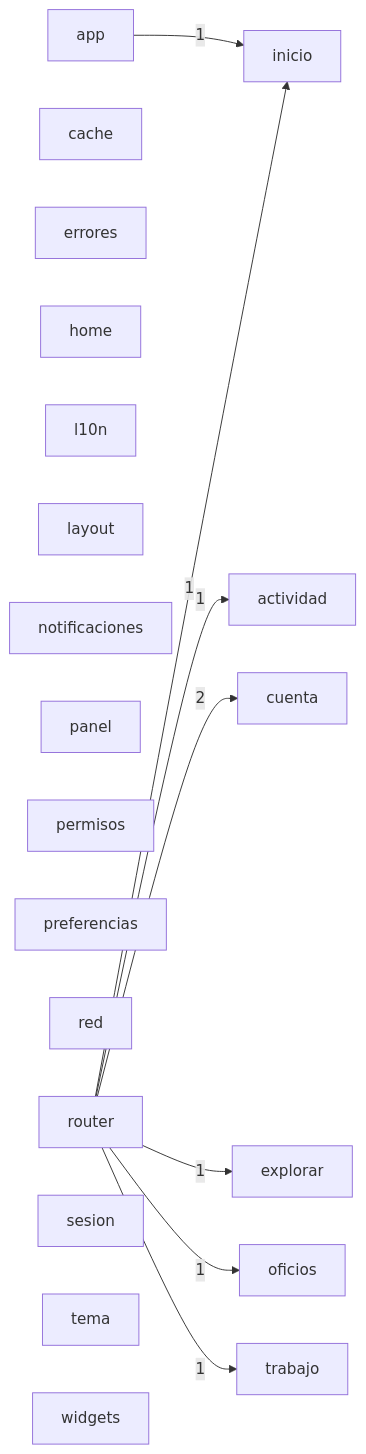
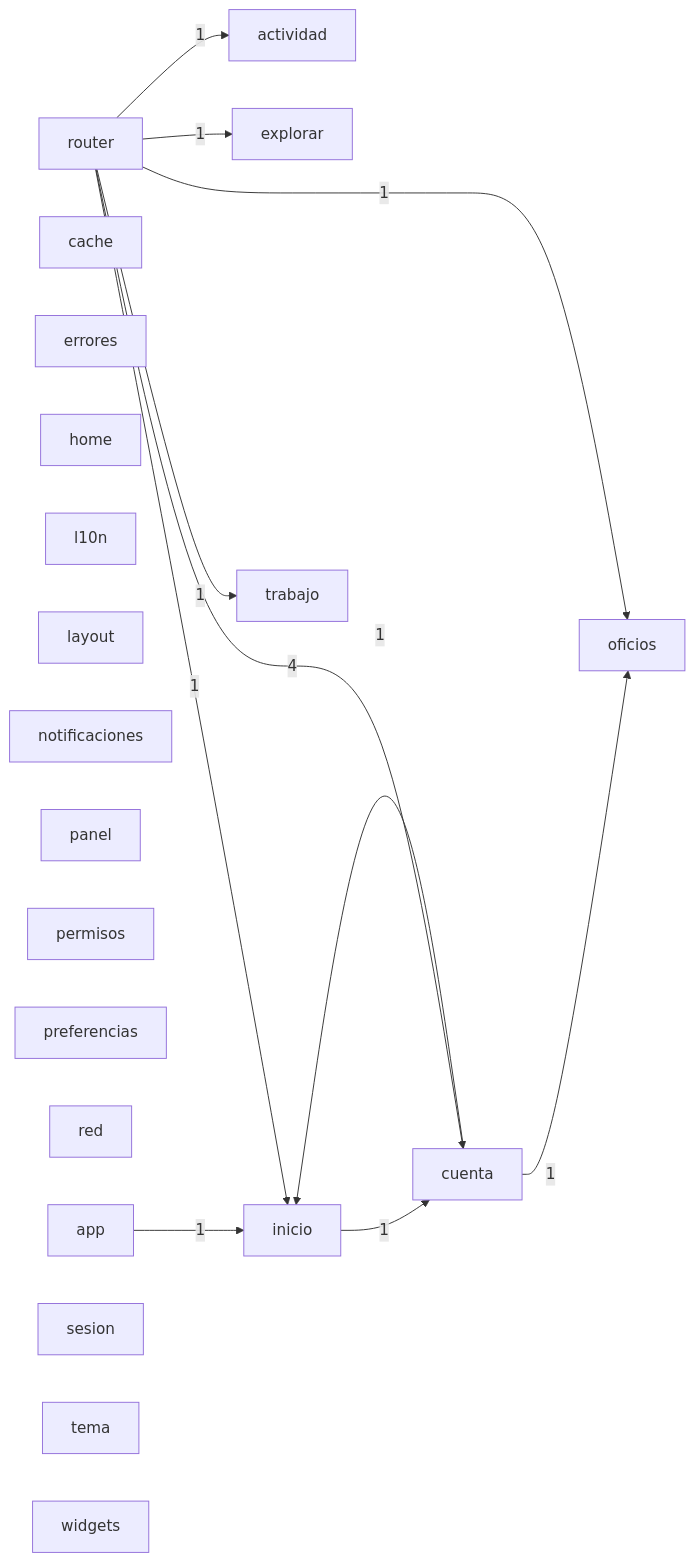
The diagram in docs/architecture/modules.mmd (JulianH2/knock-frontend), drawn with Mermaid before and after one commit. The commit also changed 35 other files, not shown here.

```diff
--- a/docs/architecture/modules.mmd
+++ b/docs/architecture/modules.mmd
@@ -1,29 +1,32 @@
 graph LR
   actividad["actividad"]
   app["app"]
   cache["cache"]
   cuenta["cuenta"]
   errores["errores"]
   explorar["explorar"]
   home["home"]
   inicio["inicio"]
   l10n["l10n"]
   layout["layout"]
   notificaciones["notificaciones"]
   oficios["oficios"]
   panel["panel"]
   permisos["permisos"]
   preferencias["preferencias"]
   red["red"]
   router["router"]
   sesion["sesion"]
   tema["tema"]
   trabajo["trabajo"]
   widgets["widgets"]
   app -->|1| inicio
+  cuenta -->|1| inicio
+  cuenta -->|1| oficios
+  inicio -->|1| cuenta
   router -->|1| actividad
-  router -->|2| cuenta
+  router -->|4| cuenta
   router -->|1| explorar
   router -->|1| inicio
   router -->|1| oficios
   router -->|1| trabajo
```
